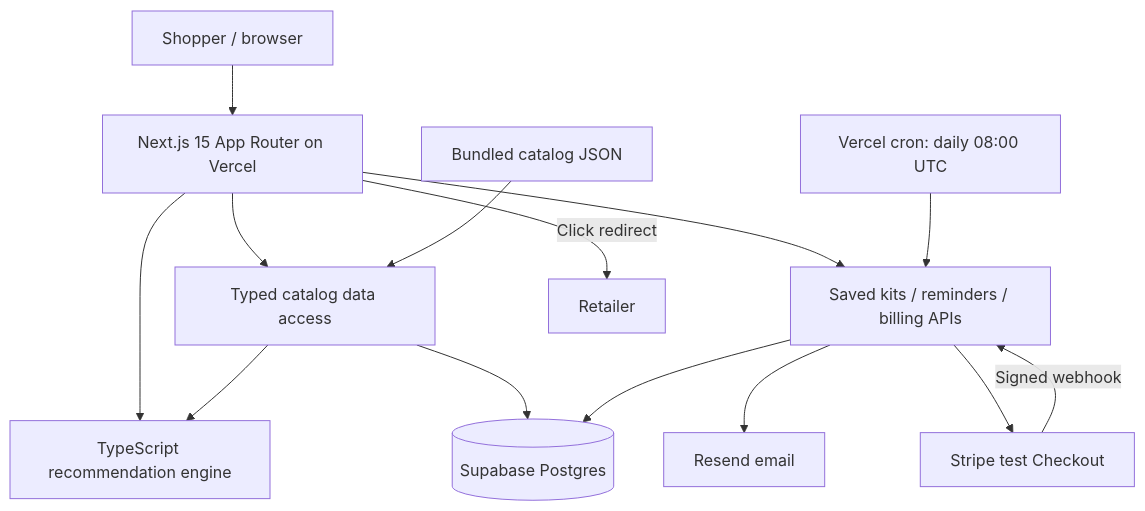
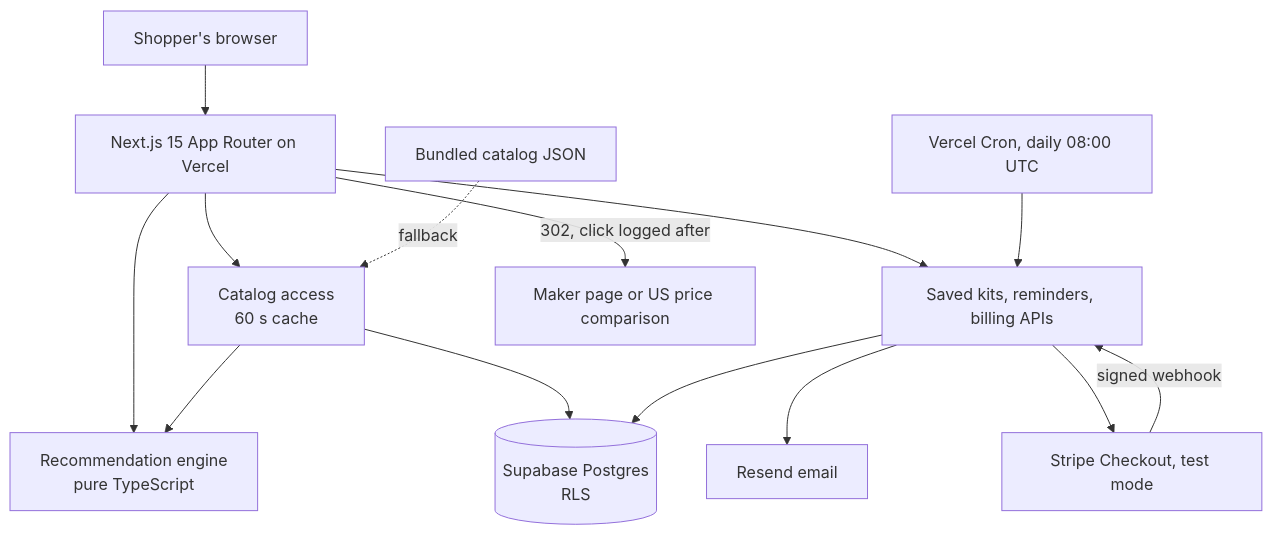
One commit to baurvtm-stack/BUISNESSCUP_PALANTIR changed the second of 2 diagrams in README.md. Above: the diagram before and after it, drawn with Mermaid. The commit also changed other lines of this file and 7 other files, not shown here.

````diff
--- a/README.md
+++ b/README.md
@@ -25,16 +155,16 @@
 ```mermaid
 flowchart TD
-    Shopper[Shopper / browser] --> Next[Next.js 15 App Router on Vercel]
-    Next --> Engine[TypeScript recommendation engine]
-    Next --> Catalog[Typed catalog data access]
-    Catalog --> DB[(Supabase Postgres)]
-    Snapshot[Bundled catalog JSON] --> Catalog
+    Shopper["Shopper's browser"] --> Next["Next.js 15 App Router on Vercel"]
+    Next --> Engine["Recommendation engine<br/>pure TypeScript"]
+    Next --> Catalog["Catalog access<br/>60 s cache"]
+    Catalog --> DB[("Supabase Postgres<br/>RLS")]
+    Snapshot["Bundled catalog JSON"] -. fallback .-> Catalog
     Catalog --> Engine
-    Next --> Retention[Saved kits / reminders / billing APIs]
+    Next --> Retention["Saved kits, reminders, billing APIs"]
     Retention --> DB
-    Retention --> Resend[Resend email]
-    Retention --> Stripe[Stripe test Checkout]
-    Stripe -->|Signed webhook| Retention
-    Cron[Vercel cron: daily 08:00 UTC] --> Retention
-    Next -->|Click redirect| Retailer[Retailer]
+    Retention --> Resend["Resend email"]
+    Retention --> Stripe["Stripe Checkout, test mode"]
+    Stripe -->|signed webhook| Retention
+    Cron["Vercel Cron, daily 08:00 UTC"] --> Retention
+    Next -->|"302, click logged after"| Retailer["Maker page or US price comparison"]
 ```
````
